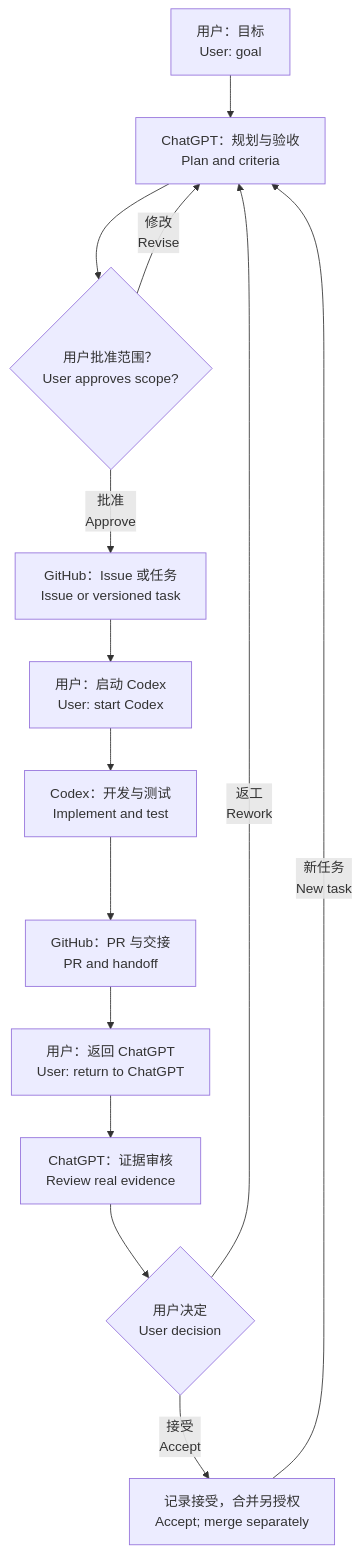
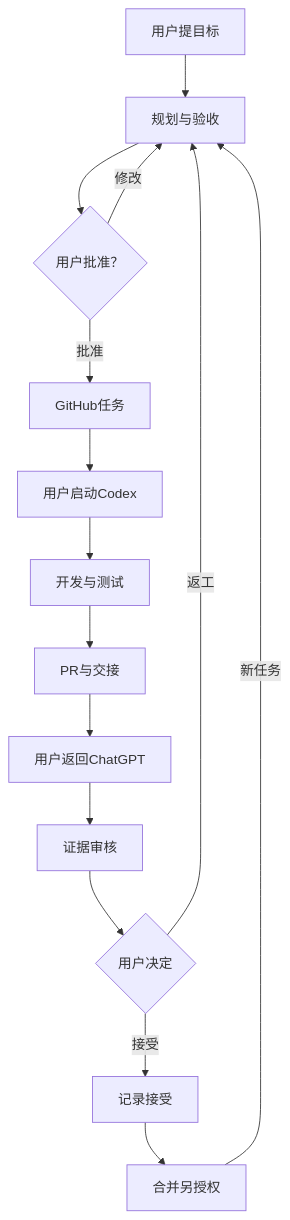
Before and after one commit to txytwist/ai-dev-handoff: the second of 2 diagrams in docs/workflow.md, drawn with Mermaid. The commit also changed other lines of this file and 19 other files, not shown here.

First line of the commit message:
UX: Public Beta 直接引导与四档窄屏图文优化 (#8)

````diff
--- a/docs/workflow.md
+++ b/docs/workflow.md
@@ -32,16 +32,17 @@
 ```mermaid
 flowchart TD
-  A["用户：目标<br/>User: goal"] --> B["ChatGPT：规划与验收<br/>Plan and criteria"]
-  B --> C{"用户批准范围？<br/>User approves scope?"}
-  C -->|修改<br/>Revise| B
-  C -->|批准<br/>Approve| D["GitHub：Issue 或任务<br/>Issue or versioned task"]
-  D --> E["用户：启动 Codex<br/>User: start Codex"]
-  E --> F["Codex：开发与测试<br/>Implement and test"]
-  F --> G["GitHub：PR 与交接<br/>PR and handoff"]
-  G --> H["用户：返回 ChatGPT<br/>User: return to ChatGPT"]
-  H --> I["ChatGPT：证据审核<br/>Review real evidence"]
-  I --> J{"用户决定<br/>User decision"}
-  J -->|返工<br/>Rework| B
-  J -->|接受<br/>Accept| K["记录接受，合并另授权<br/>Accept; merge separately"]
-  K -->|新任务<br/>New task| B
+  A["用户提目标"] --> B["规划与验收"]
+  B --> C{"用户批准？"}
+  C -->|修改| B
+  C -->|批准| D["GitHub任务"]
+  D --> E["用户启动Codex"]
+  E --> F["开发与测试"]
+  F --> G["PR与交接"]
+  G --> H["用户返回ChatGPT"]
+  H --> I["证据审核"]
+  I --> J{"用户决定"}
+  J -->|返工| B
+  J -->|接受| K["记录接受"]
+  K --> L["合并另授权"]
+  L -->|新任务| B
 ```
````
